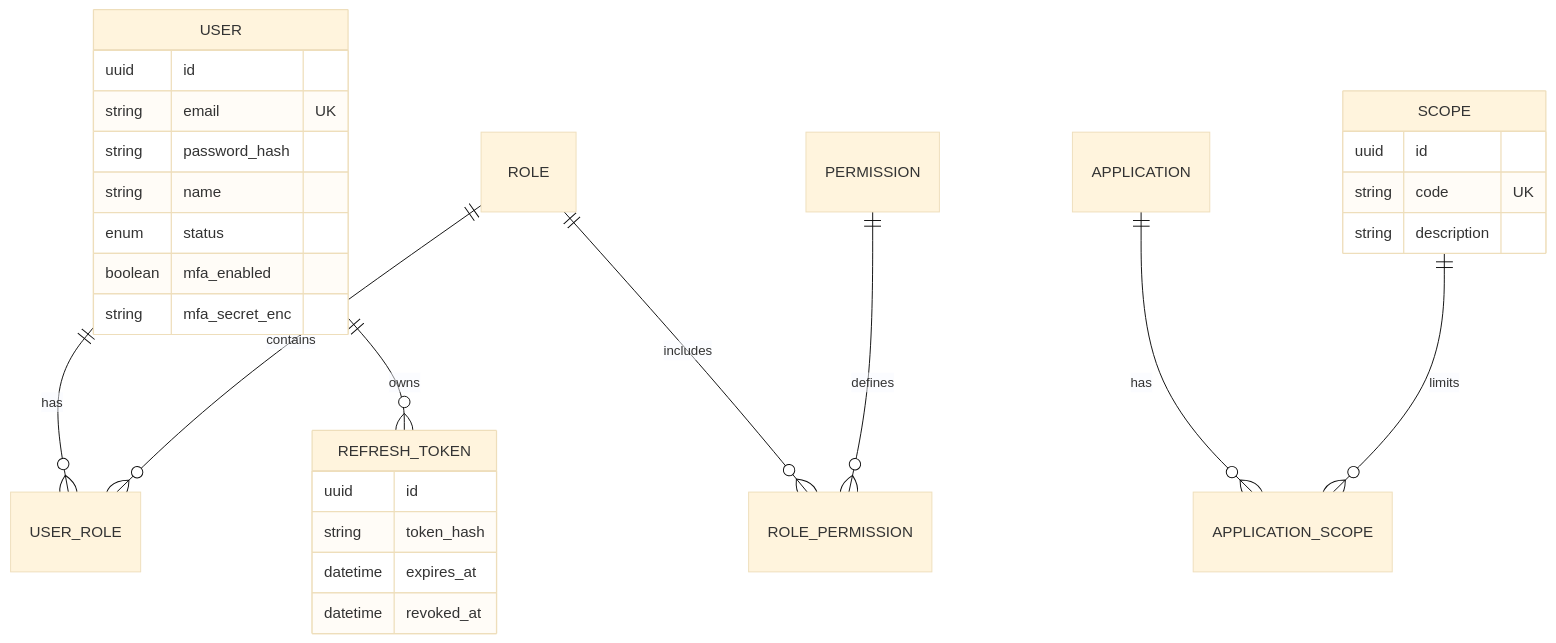
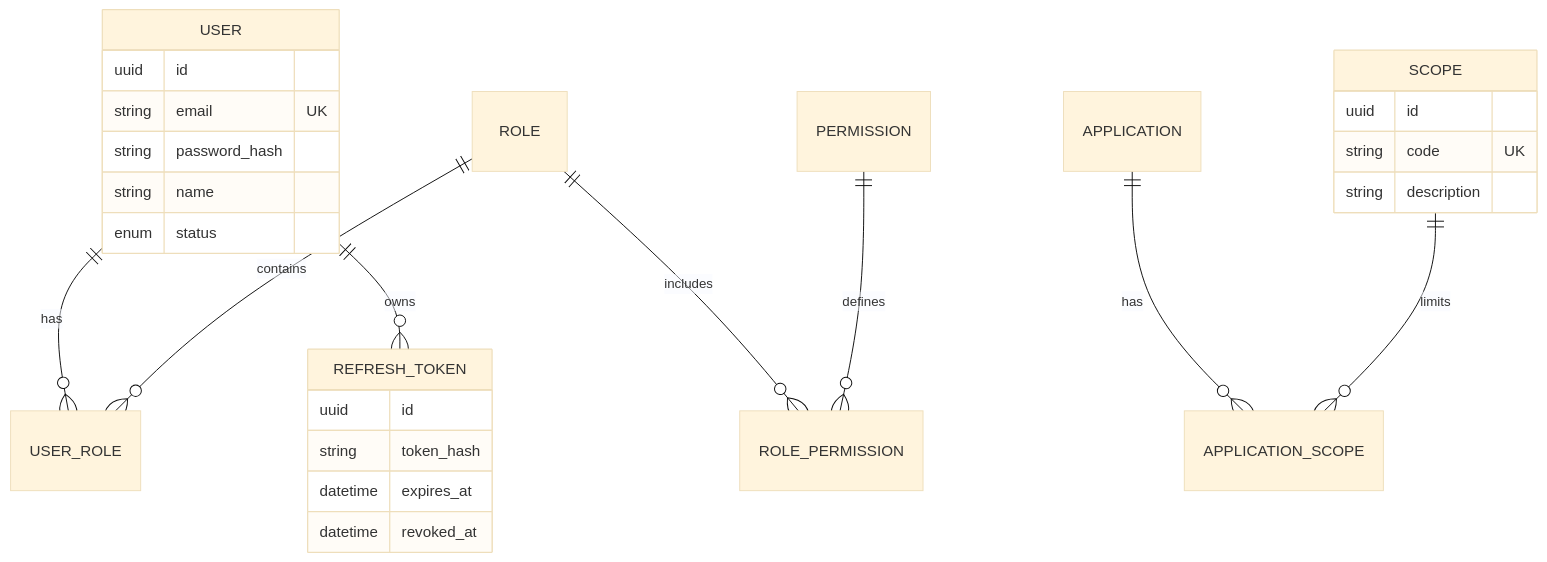
The diagram in PRD.md (GestaoProjetos2026/core-engine), drawn with Mermaid (base theme) before and after one commit. The commit also changed other lines of this file, not shown here.

Commit message:
Alteração PRD sem MFA e TOTP

````diff
--- a/PRD.md
+++ b/PRD.md
@@ -349,33 +335,31 @@
 ```mermaid
 erDiagram
     USER ||--o{ USER_ROLE : has
     ROLE ||--o{ USER_ROLE : contains
     ROLE ||--o{ ROLE_PERMISSION : includes
     PERMISSION ||--o{ ROLE_PERMISSION : defines
     USER ||--o{ REFRESH_TOKEN : owns
     APPLICATION ||--o{ APPLICATION_SCOPE : has
     SCOPE ||--o{ APPLICATION_SCOPE : limits
 
     USER {
         uuid id
         string email UK
         string password_hash
         string name
         enum status
-        boolean mfa_enabled
-        string mfa_secret_enc
     }
 
     REFRESH_TOKEN {
         uuid id
         string token_hash
         datetime expires_at
         datetime revoked_at
     }
 
     SCOPE {
         uuid id
         string code UK
         string description
     }
 ```
````
